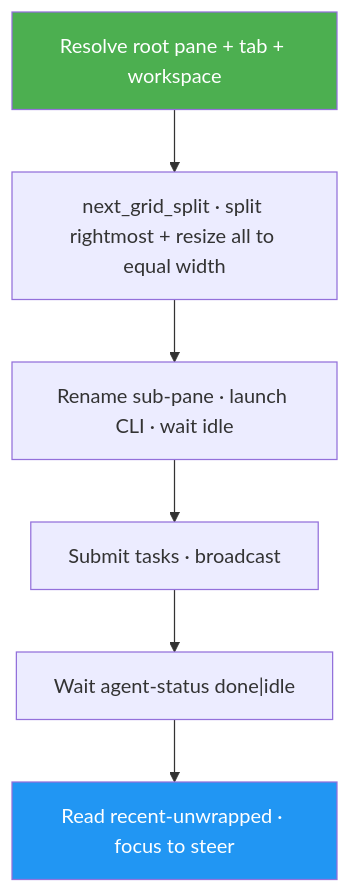
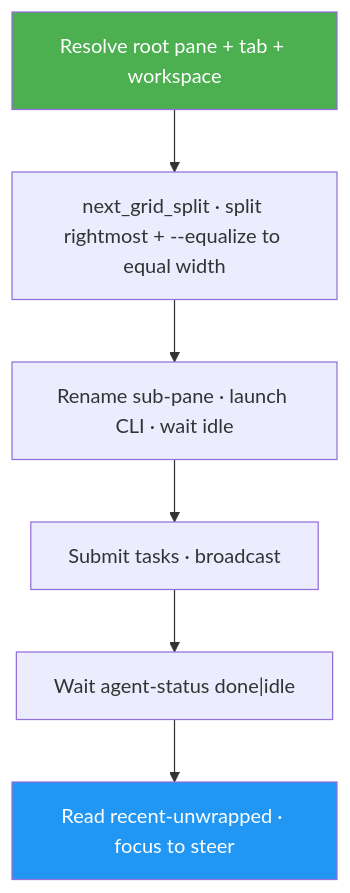
Before and after one commit to belinwu/luongnv89-skills: the diagram in skills/herdr-agent-comms/docs/README.md, drawn with Mermaid. The commit also changed 4 other files, not shown here.

First line of the commit message:
fix(herdr-agent-comms): verified equal-width grid via live-probed herdr semantics

````diff
--- a/skills/herdr-agent-comms/docs/README.md
+++ b/skills/herdr-agent-comms/docs/README.md
@@ -32,10 +32,10 @@
 ```mermaid
 graph TD
-    A["Resolve root pane + tab + workspace"] --> B["next_grid_split · split rightmost + resize all to equal width"]
+    A["Resolve root pane + tab + workspace"] --> B["next_grid_split · split rightmost + --equalize to equal width"]
     B --> C["Rename sub-pane · launch CLI · wait idle"]
     C --> D["Submit tasks · broadcast"]
     D --> E["Wait agent-status done|idle"]
     E --> F["Read recent-unwrapped · focus to steer"]
     style A fill:#4CAF50,color:#fff
     style F fill:#2196F3,color:#fff
 ```
````
